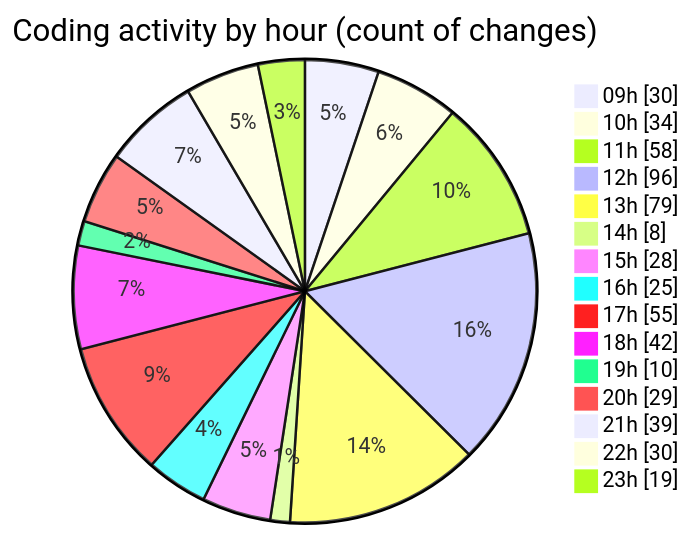
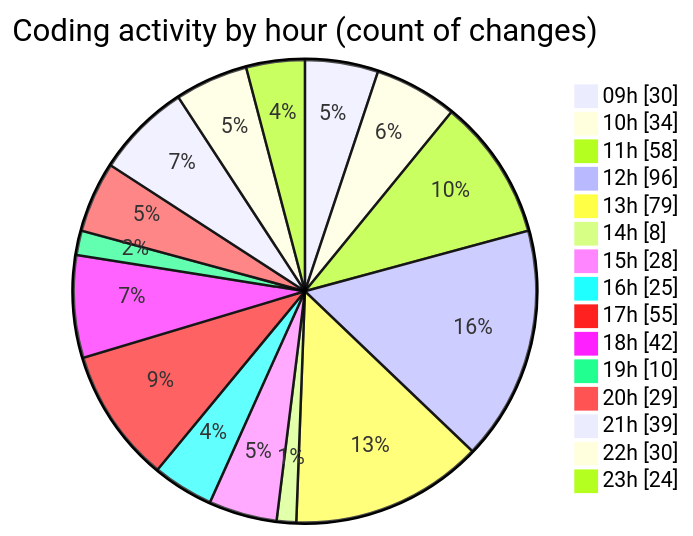
Before and after one commit to momahboobian/code-tracking: the second of 2 diagrams in 2025-04-02/cda/README.md, drawn with Mermaid. The commit also changed other lines of this file and 1 other file, not shown here.

````diff
--- a/2025-04-02/cda/README.md
+++ b/2025-04-02/cda/README.md
@@ -40,19 +40,19 @@
 ```mermaid
 pie showData
 title Coding activity by hour (count of changes)
 "09h" : 30
 "10h" : 34
 "11h" : 58
 "12h" : 96
 "13h" : 79
 "14h" : 8
 "15h" : 28
 "16h" : 25
 "17h" : 55
 "18h" : 42
 "19h" : 10
 "20h" : 29
 "21h" : 39
 "22h" : 30
-"23h" : 19
+"23h" : 24
 ```
````
